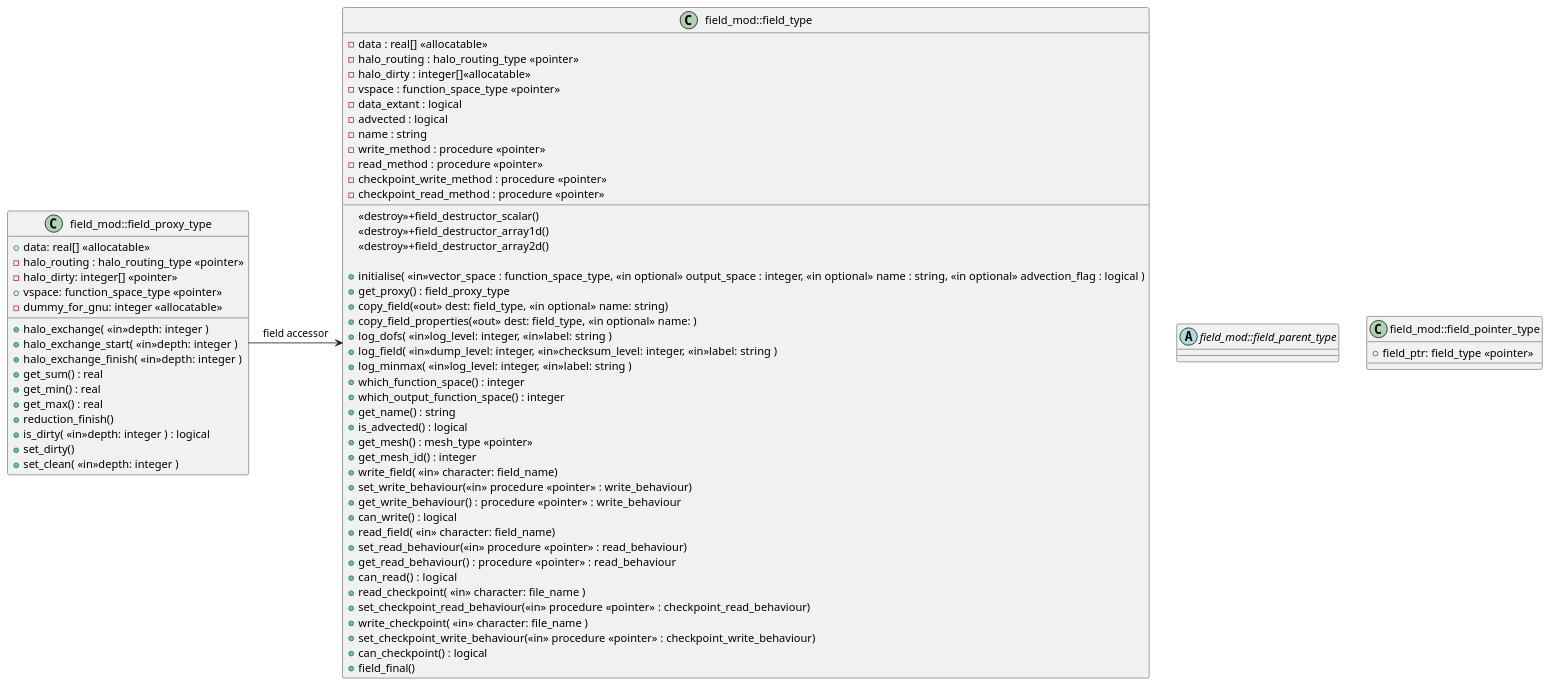
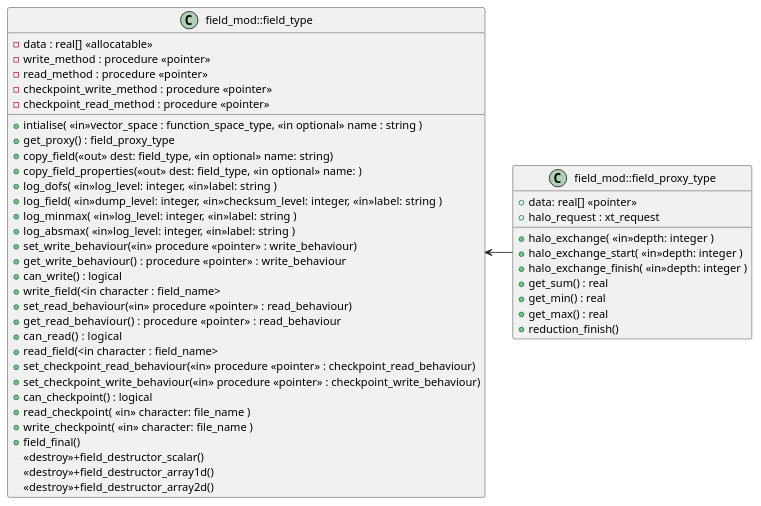
Before and after one commit to andrewcoughtrie/lfric_core: the diagram in infrastructure/documentation/uml/field/field_mod.iuml, drawn with PlantUML. The commit also changed 11 other files, not shown here.

```diff
--- a/infrastructure/documentation/uml/field/field_mod.iuml
+++ b/infrastructure/documentation/uml/field/field_mod.iuml
@@ -1,77 +1,54 @@
 ' Copyright (c) 2017,  Met Office, on behalf of HMSO and Queen's Printer
 ' For further details please refer to the file LICENCE.original which you
 ' should have received as part of this distribution.
 
-abstract class field_mod::field_parent_type {
-}
-
 class field_mod::field_type {
   -data : real[] <<allocatable>>
-  -halo_routing : halo_routing_type <<pointer>>
-  -halo_dirty : integer[]<<allocatable>>
-  -vspace : function_space_type <<pointer>>
-  -data_extant : logical
-  -advected : logical
-  -name : string
   -write_method : procedure <<pointer>>
   -read_method : procedure <<pointer>>
   -checkpoint_write_method : procedure <<pointer>>
   -checkpoint_read_method : procedure <<pointer>>
-  <<destroy>>+field_destructor_scalar()
-  <<destroy>>+field_destructor_array1d()
-  <<destroy>>+field_destructor_array2d()
 
-  +initialise( <<in>>vector_space : function_space_type, <<in optional>> output_space : integer, <<in optional>> name : string, <<in optional>> advection_flag : logical )
+  +intialise( <<in>>vector_space : function_space_type, <<in optional>> name : string )
   +get_proxy() : field_proxy_type
   +copy_field(<<out>> dest: field_type, <<in optional>> name: string)
   +copy_field_properties(<<out>> dest: field_type, <<in optional>> name: )
   +log_dofs( <<in>>log_level: integer, <<in>>label: string )
   +log_field( <<in>>dump_level: integer, <<in>>checksum_level: integer, <<in>>label: string )
   +log_minmax( <<in>>log_level: integer, <<in>>label: string )
-  +which_function_space() : integer
-  +which_output_function_space() : integer
-  +get_name() : string
-  +is_advected() : logical
-  +get_mesh() : mesh_type <<pointer>>
-  +get_mesh_id() : integer
-  +write_field( <<in>> character: field_name)
+  +log_absmax( <<in>>log_level: integer, <<in>>label: string )
   +set_write_behaviour(<<in>> procedure <<pointer>> : write_behaviour)
   +get_write_behaviour() :  procedure <<pointer>> : write_behaviour
   +can_write() : logical
-  +read_field( <<in>> character: field_name)
+  +write_field(<in character : field_name>
   +set_read_behaviour(<<in>> procedure <<pointer>> : read_behaviour)
   +get_read_behaviour() :  procedure <<pointer>> : read_behaviour
   +can_read()  : logical
-  +read_checkpoint( <<in>> character: file_name )
+  +read_field(<in character : field_name>
   +set_checkpoint_read_behaviour(<<in>> procedure <<pointer>> : checkpoint_read_behaviour)
-  +write_checkpoint( <<in>> character: file_name )
   +set_checkpoint_write_behaviour(<<in>> procedure <<pointer>> : checkpoint_write_behaviour)
   +can_checkpoint() : logical
+  +read_checkpoint( <<in>> character: file_name )
+  +write_checkpoint( <<in>> character: file_name )
   +field_final()
+  <<destroy>>+field_destructor_scalar()
+  <<destroy>>+field_destructor_array1d()
+  <<destroy>>+field_destructor_array2d()
+
 }
 
 class field_mod::field_proxy_type {
-  +data: real[] <<allocatable>>
-  -halo_routing : halo_routing_type <<pointer>>
-  -halo_dirty: integer[] <<pointer>>
-  +vspace: function_space_type <<pointer>>
-  -dummy_for_gnu: integer <<allocatable>>
+  +data: real[] <<pointer>>
+  +halo_request : xt_request
 
   +halo_exchange( <<in>>depth: integer )
   +halo_exchange_start( <<in>>depth: integer )
   +halo_exchange_finish( <<in>>depth: integer )
   +get_sum() : real
   +get_min() : real
   +get_max() : real
   +reduction_finish()
-  +is_dirty( <<in>>depth: integer ) : logical
-  +set_dirty()
-  +set_clean( <<in>>depth: integer )
 }
 
-class field_mod::field_pointer_type {
-  +field_ptr: field_type <<pointer>>
 
-}
-
-field_mod::field_proxy_type -> field_mod::field_type : field accessor
+field_mod::field_type <- field_mod::field_proxy_type
```
